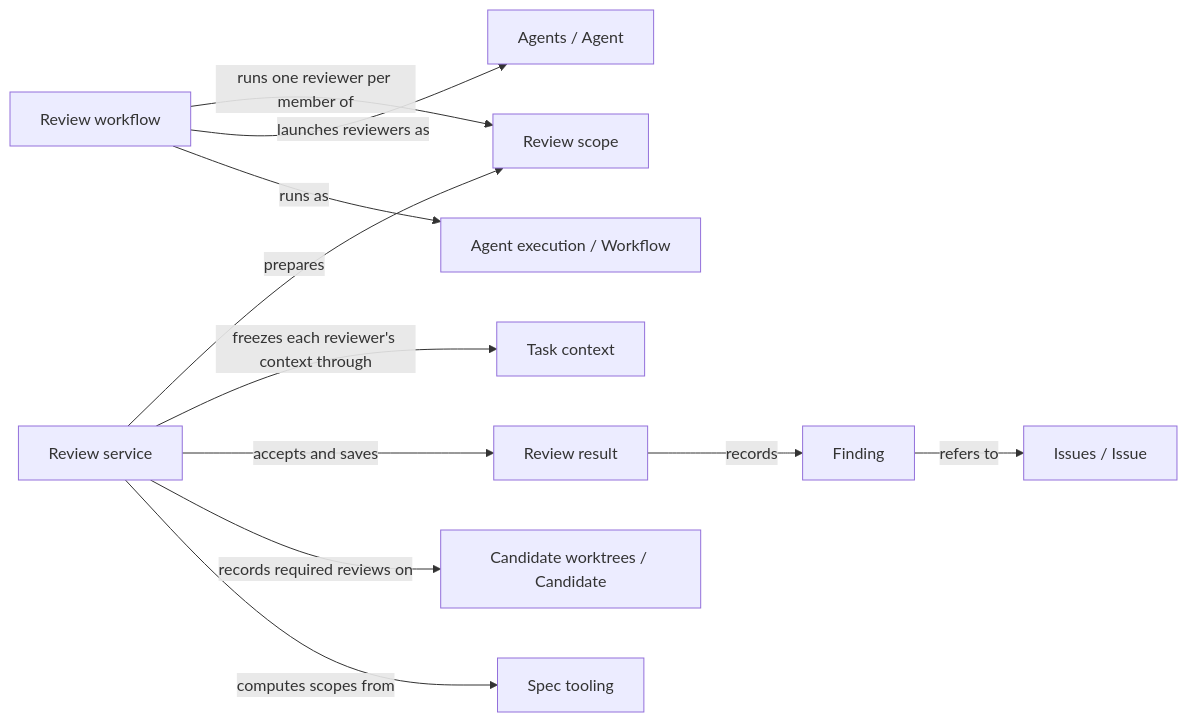
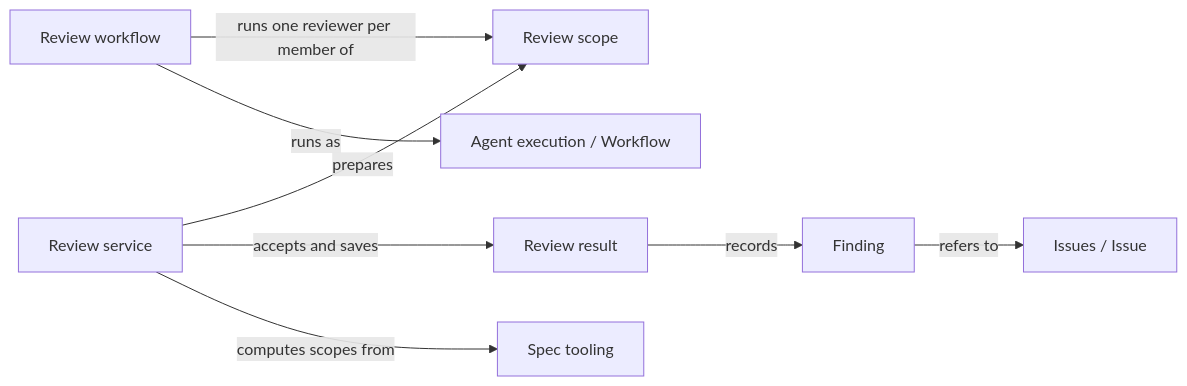
The diagram in specs/concorde/review/module.md (FTOD/concorde), drawn with Mermaid before and after one commit. The commit also changed other lines of this file and 82 other files, not shown here.

````diff
--- a/specs/concorde/review/module.md
+++ b/specs/concorde/review/module.md
@@ -202,15 +112,12 @@
 ```mermaid
 flowchart LR
     accTitle: Review collaboration
     accDescr: The review service prepares a scope and accepts results; the review workflow runs one reviewer Agent per member.
     Service[Review service] -->|prepares| Scope[Review scope]
     Workflow[Review workflow] -->|runs one reviewer per member of| Scope
-    Workflow -->|launches reviewers as| Agent[Agents / Agent]
     Workflow -->|runs as| Wf[Agent execution / Workflow]
-    Service -->|freezes each reviewer's context through| Ctx[Task context]
     Service -->|accepts and saves| Result[Review result]
     Result -->|records| Finding[Finding]
     Finding -->|refers to| Issue[Issues / Issue]
-    Service -->|records required reviews on| Cand[Candidate worktrees / Candidate]
     Service -->|computes scopes from| Spec[Spec tooling]
 ```
````
